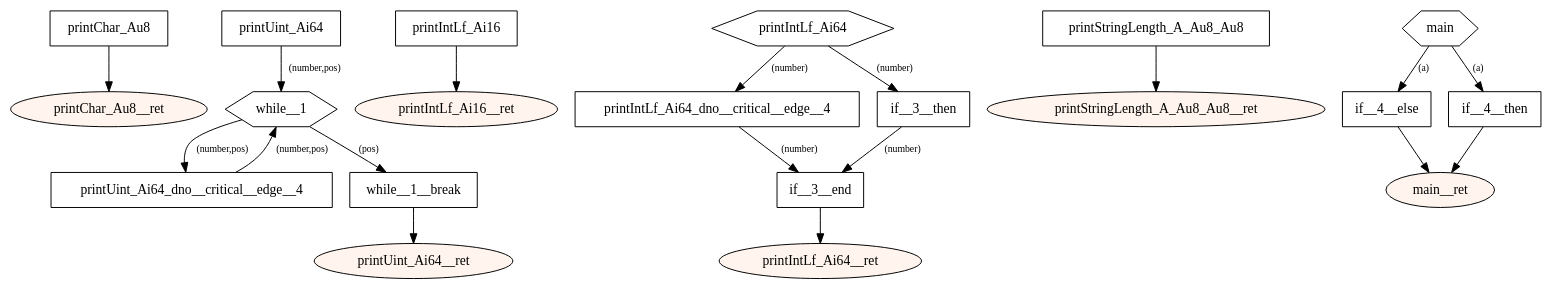
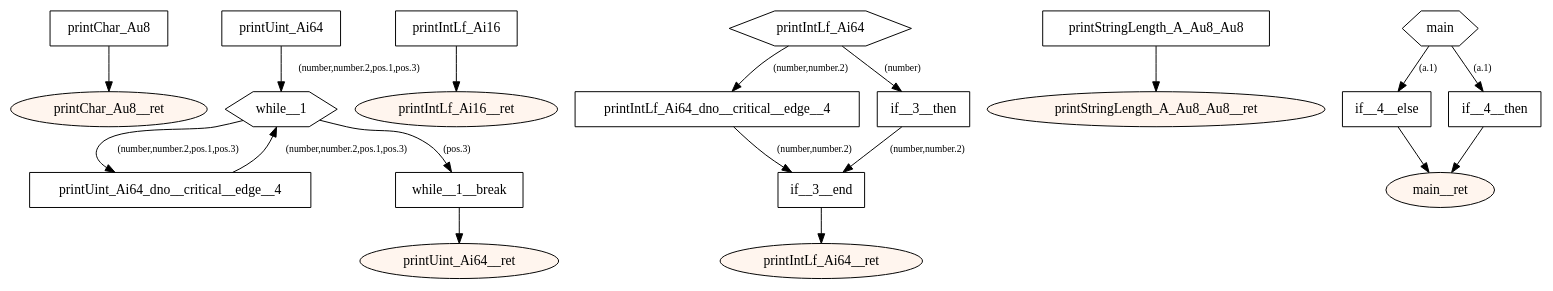
The diagram in src/main/resources-test/compiler/windows/ifelse.dot (tmssngr/tinyC), drawn with Graphviz before and after one commit. The commit also changed 90 other files, not shown here.

```diff
--- a/src/main/resources-test/compiler/windows/ifelse.dot
+++ b/src/main/resources-test/compiler/windows/ifelse.dot
@@ -1,52 +1,52 @@
 digraph program {
 	edge[fontsize="10pt"];
 	subgraph fn_printChar_Au8 {
 		BasicBlock_0_printChar_Au8 [label="printChar_Au8",shape=box];
 		BasicBlock_0_printChar_Au8 -> BasicBlock_0_printChar_Au8__ret;
 		BasicBlock_0_printChar_Au8__ret [label="printChar_Au8__ret",shape=oval,style=filled,fillcolor="#fff5ee"];
 	}
 	subgraph fn_printUint_Ai64 {
 		BasicBlock_1_printUint_Ai64 [label="printUint_Ai64",shape=box];
-		BasicBlock_1_printUint_Ai64 -> BasicBlock_1_while__1 [label="(number,pos)"];
+		BasicBlock_1_printUint_Ai64 -> BasicBlock_1_while__1 [label="(number,number.2,pos.1,pos.3)"];
 		BasicBlock_1_printUint_Ai64_dno__critical__edge__4 [label="printUint_Ai64_dno__critical__edge__4",shape=box];
-		BasicBlock_1_printUint_Ai64_dno__critical__edge__4 -> BasicBlock_1_while__1 [label="(number,pos)"];
+		BasicBlock_1_printUint_Ai64_dno__critical__edge__4 -> BasicBlock_1_while__1 [label="(number,number.2,pos.1,pos.3)"];
 		BasicBlock_1_while__1 [label="while__1",shape=hexagon];
-		BasicBlock_1_while__1 -> BasicBlock_1_printUint_Ai64_dno__critical__edge__4 [label="(number,pos)"];
-		BasicBlock_1_while__1 -> BasicBlock_1_while__1__break [label="(pos)"];
+		BasicBlock_1_while__1 -> BasicBlock_1_printUint_Ai64_dno__critical__edge__4 [label="(number,number.2,pos.1,pos.3)"];
+		BasicBlock_1_while__1 -> BasicBlock_1_while__1__break [label="(pos.3)"];
 		BasicBlock_1_while__1__break [label="while__1__break",shape=box];
 		BasicBlock_1_while__1__break -> BasicBlock_1_printUint_Ai64__ret;
 		BasicBlock_1_printUint_Ai64__ret [label="printUint_Ai64__ret",shape=oval,style=filled,fillcolor="#fff5ee"];
 	}
 	subgraph fn_printIntLf_Ai16 {
 		BasicBlock_2_printIntLf_Ai16 [label="printIntLf_Ai16",shape=box];
 		BasicBlock_2_printIntLf_Ai16 -> BasicBlock_2_printIntLf_Ai16__ret;
 		BasicBlock_2_printIntLf_Ai16__ret [label="printIntLf_Ai16__ret",shape=oval,style=filled,fillcolor="#fff5ee"];
 	}
 	subgraph fn_printIntLf_Ai64 {
 		BasicBlock_3_printIntLf_Ai64 [label="printIntLf_Ai64",shape=hexagon];
-		BasicBlock_3_printIntLf_Ai64 -> BasicBlock_3_printIntLf_Ai64_dno__critical__edge__4 [label="(number)"];
+		BasicBlock_3_printIntLf_Ai64 -> BasicBlock_3_printIntLf_Ai64_dno__critical__edge__4 [label="(number,number.2)"];
 		BasicBlock_3_printIntLf_Ai64 -> BasicBlock_3_if__3__then [label="(number)"];
 		BasicBlock_3_printIntLf_Ai64_dno__critical__edge__4 [label="printIntLf_Ai64_dno__critical__edge__4",shape=box];
-		BasicBlock_3_printIntLf_Ai64_dno__critical__edge__4 -> BasicBlock_3_if__3__end [label="(number)"];
+		BasicBlock_3_printIntLf_Ai64_dno__critical__edge__4 -> BasicBlock_3_if__3__end [label="(number,number.2)"];
 		BasicBlock_3_if__3__then [label="if__3__then",shape=box];
-		BasicBlock_3_if__3__then -> BasicBlock_3_if__3__end [label="(number)"];
+		BasicBlock_3_if__3__then -> BasicBlock_3_if__3__end [label="(number,number.2)"];
 		BasicBlock_3_if__3__end [label="if__3__end",shape=box];
 		BasicBlock_3_if__3__end -> BasicBlock_3_printIntLf_Ai64__ret;
 		BasicBlock_3_printIntLf_Ai64__ret [label="printIntLf_Ai64__ret",shape=oval,style=filled,fillcolor="#fff5ee"];
 	}
 	subgraph fn_printStringLength_A_Au8_Au8 {
 		BasicBlock_4_printStringLength_A_Au8_Au8 [label="printStringLength_A_Au8_Au8",shape=box];
 		BasicBlock_4_printStringLength_A_Au8_Au8 -> BasicBlock_4_printStringLength_A_Au8_Au8__ret;
 		BasicBlock_4_printStringLength_A_Au8_Au8__ret [label="printStringLength_A_Au8_Au8__ret",shape=oval,style=filled,fillcolor="#fff5ee"];
 	}
 	subgraph fn_main {
 		BasicBlock_5_main [label="main",shape=hexagon];
-		BasicBlock_5_main -> BasicBlock_5_if__4__else [label="(a)"];
-		BasicBlock_5_main -> BasicBlock_5_if__4__then [label="(a)"];
+		BasicBlock_5_main -> BasicBlock_5_if__4__else [label="(a.1)"];
+		BasicBlock_5_main -> BasicBlock_5_if__4__then [label="(a.1)"];
 		BasicBlock_5_if__4__else [label="if__4__else",shape=box];
 		BasicBlock_5_if__4__else -> BasicBlock_5_main__ret;
 		BasicBlock_5_if__4__then [label="if__4__then",shape=box];
 		BasicBlock_5_if__4__then -> BasicBlock_5_main__ret;
 		BasicBlock_5_main__ret [label="main__ret",shape=oval,style=filled,fillcolor="#fff5ee"];
 	}
 }
```
